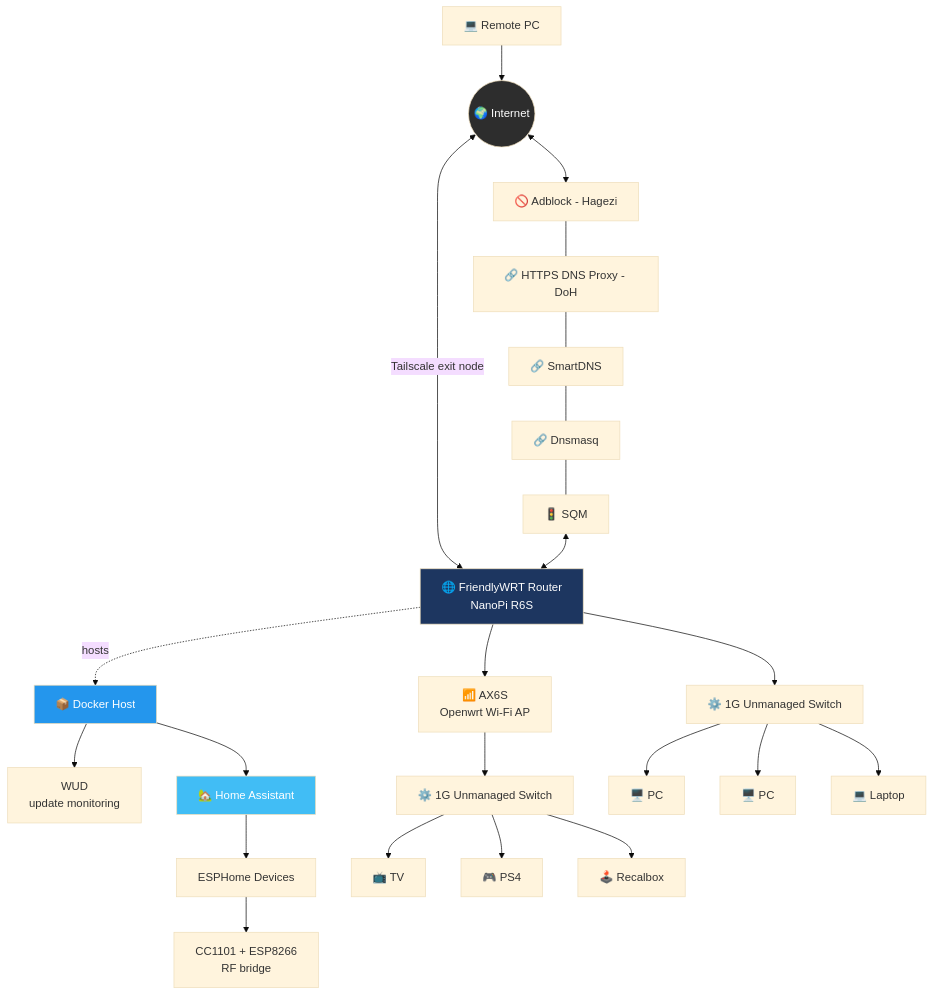
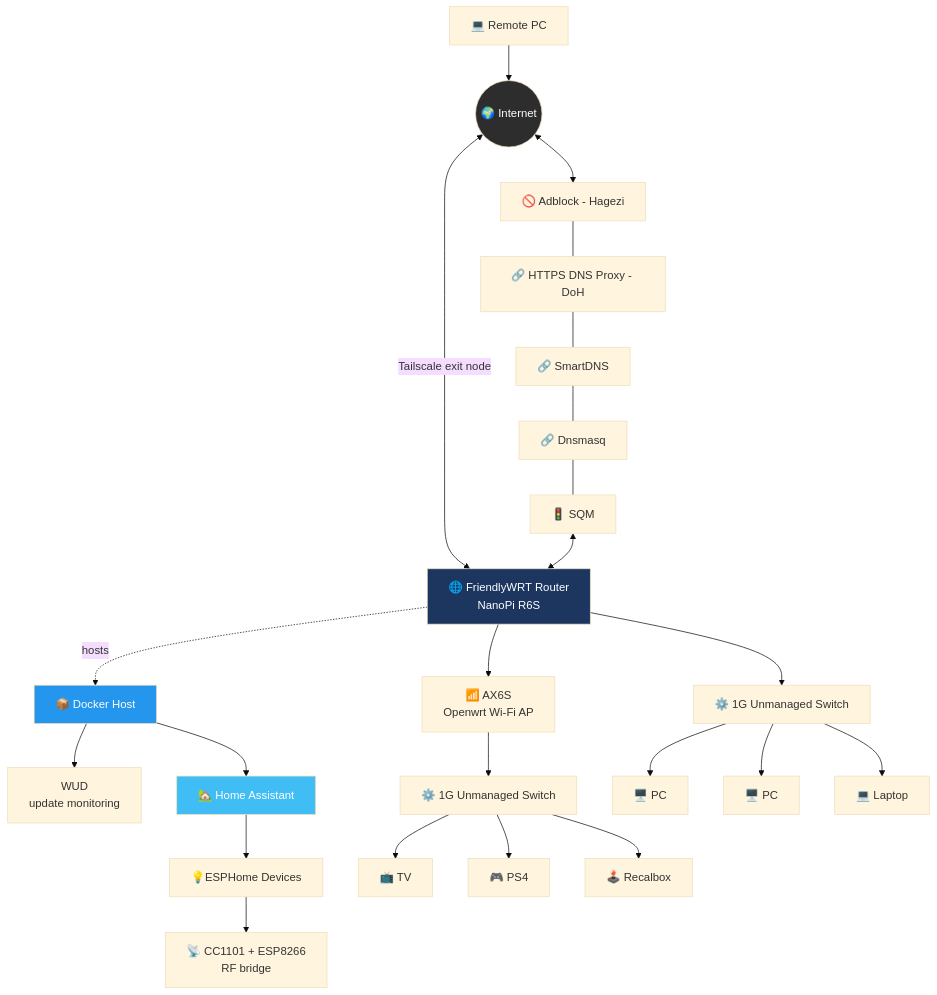
One commit to anilgunduzz/myhomelab changed the diagram in README.md. Above: the diagram before and after it, drawn with Mermaid (base theme).

Commit message:
Update icons for ESPHome and RF bridge in README

````diff
--- a/README.md
+++ b/README.md
@@ -44,35 +44,35 @@
 ```mermaid
 flowchart TD
     NET(("🌍 Internet"))
     REMOTE["💻 Remote PC"] --> NET
     NET <-->|Tailscale exit node| R6S
 
     NET <--> ADB["🚫 Adblock - Hagezi"]
     ADB --- DOH["🔗 HTTPS DNS Proxy - DoH"]
     DOH --- SDNS["🔗 SmartDNS"]
     SDNS --- DNSM["🔗 Dnsmasq"]
     DNSM --- SQM["🚦 SQM"]
     SQM <--> R6S["🌐 FriendlyWRT Router<br/>NanoPi R6S"]
 
     R6S -.->|hosts| DOCKER["📦 Docker Host"]
     DOCKER --> WUD["WUD<br/>update monitoring"]
     DOCKER --> HA["🏡 Home Assistant"]
-    HA --> ESP["ESPHome Devices"]
-    ESP --> RF["CC1101 + ESP8266<br/>RF bridge"]
+    HA --> ESP["💡ESPHome Devices"]
+    ESP --> RF["📡 CC1101 + ESP8266<br/>RF bridge"]
 
     R6S --> AX6S["📶 AX6S<br/>Openwrt Wi-Fi AP"]
     AX6S --> SW1["⚙️ 1G Unmanaged Switch"]
     SW1 --> TV["📺 TV"]
     SW1 --> PS4["🎮 PS4"]
     SW1 --> RECAL["🕹️ Recalbox"]
 
     R6S --> SW2["⚙️ 1G Unmanaged Switch"]
     SW2 --> PC1["🖥️ PC"]
     SW2 --> PC2["🖥️ PC"]
     SW2 --> LAP["💻 Laptop"]
 
     style R6S fill:#1D3660,color:#fff
     style DOCKER fill:#2496ED,color:#fff
     style HA fill:#41BDF5,color:#fff
     style NET fill:#2d2d2d,color:#fff
 ```
````
